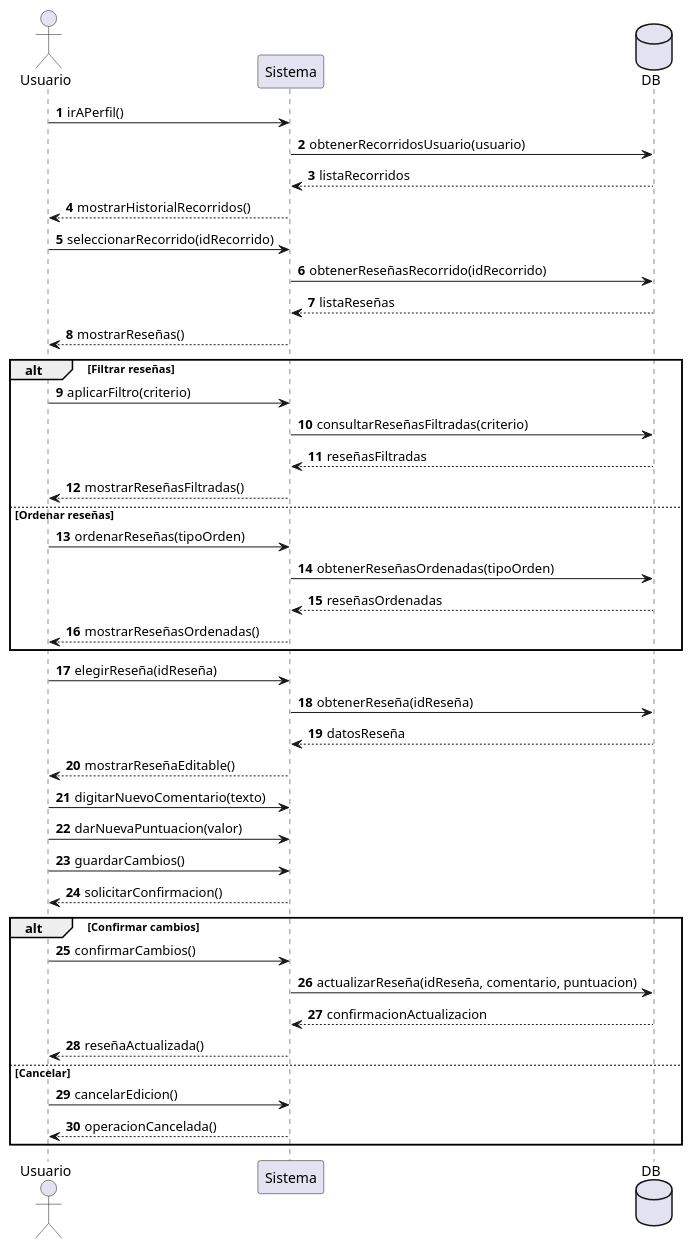
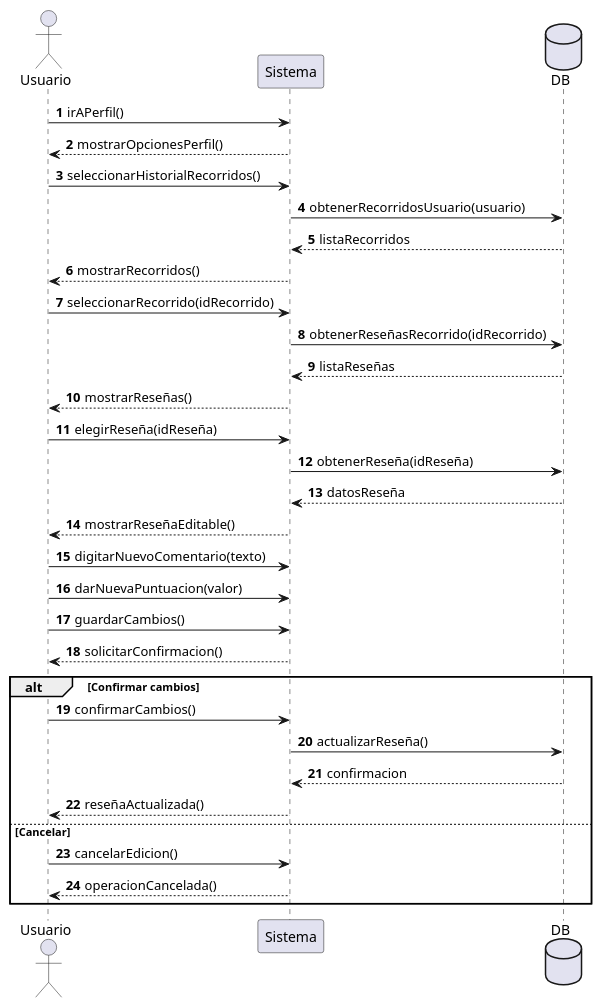
Before and after one commit to LauKnitIn/SISTEMA-GESTOR-DE-RECORRIDOS: the diagram in docs/Secuencia/Modulo reseñas/SECUENCIA_EDITAR_RESEÑA.puml, drawn with PlantUML. The commit also changed 5 other files, not shown here.

Commit message:
added activity diagrams

```diff
--- a/docs/Secuencia/Modulo reseñas/SECUENCIA_EDITAR_RESEÑA.puml
+++ b/docs/Secuencia/Modulo reseñas/SECUENCIA_EDITAR_RESEÑA.puml
@@ -1,58 +1,50 @@
 @startuml
 autonumber
 
 actor Usuario
 participant Sistema
 database DB
 
 Usuario -> Sistema : irAPerfil()
 
+Sistema --> Usuario : mostrarOpcionesPerfil()
+
+Usuario -> Sistema : seleccionarHistorialRecorridos()
+
 Sistema -> DB : obtenerRecorridosUsuario(usuario)
 DB --> Sistema : listaRecorridos
 
-Sistema --> Usuario : mostrarHistorialRecorridos()
+Sistema --> Usuario : mostrarRecorridos()
 
 Usuario -> Sistema : seleccionarRecorrido(idRecorrido)
 
 Sistema -> DB : obtenerReseñasRecorrido(idRecorrido)
 DB --> Sistema : listaReseñas
 
 Sistema --> Usuario : mostrarReseñas()
-
-alt Filtrar reseñas
-    Usuario -> Sistema : aplicarFiltro(criterio)
-    Sistema -> DB : consultarReseñasFiltradas(criterio)
-    DB --> Sistema : reseñasFiltradas
-    Sistema --> Usuario : mostrarReseñasFiltradas()
-else Ordenar reseñas
-    Usuario -> Sistema : ordenarReseñas(tipoOrden)
-    Sistema -> DB : obtenerReseñasOrdenadas(tipoOrden)
-    DB --> Sistema : reseñasOrdenadas
-    Sistema --> Usuario : mostrarReseñasOrdenadas()
-end
 
 Usuario -> Sistema : elegirReseña(idReseña)
 
 Sistema -> DB : obtenerReseña(idReseña)
 DB --> Sistema : datosReseña
 
 Sistema --> Usuario : mostrarReseñaEditable()
 
 Usuario -> Sistema : digitarNuevoComentario(texto)
 Usuario -> Sistema : darNuevaPuntuacion(valor)
 
 Usuario -> Sistema : guardarCambios()
 
 Sistema --> Usuario : solicitarConfirmacion()
 
 alt Confirmar cambios
     Usuario -> Sistema : confirmarCambios()
-    Sistema -> DB : actualizarReseña(idReseña, comentario, puntuacion)
-    DB --> Sistema : confirmacionActualizacion
+    Sistema -> DB : actualizarReseña()
+    DB --> Sistema : confirmacion
     Sistema --> Usuario : reseñaActualizada()
 else Cancelar
     Usuario -> Sistema : cancelarEdicion()
     Sistema --> Usuario : operacionCancelada()
 end
 
 @enduml
```
